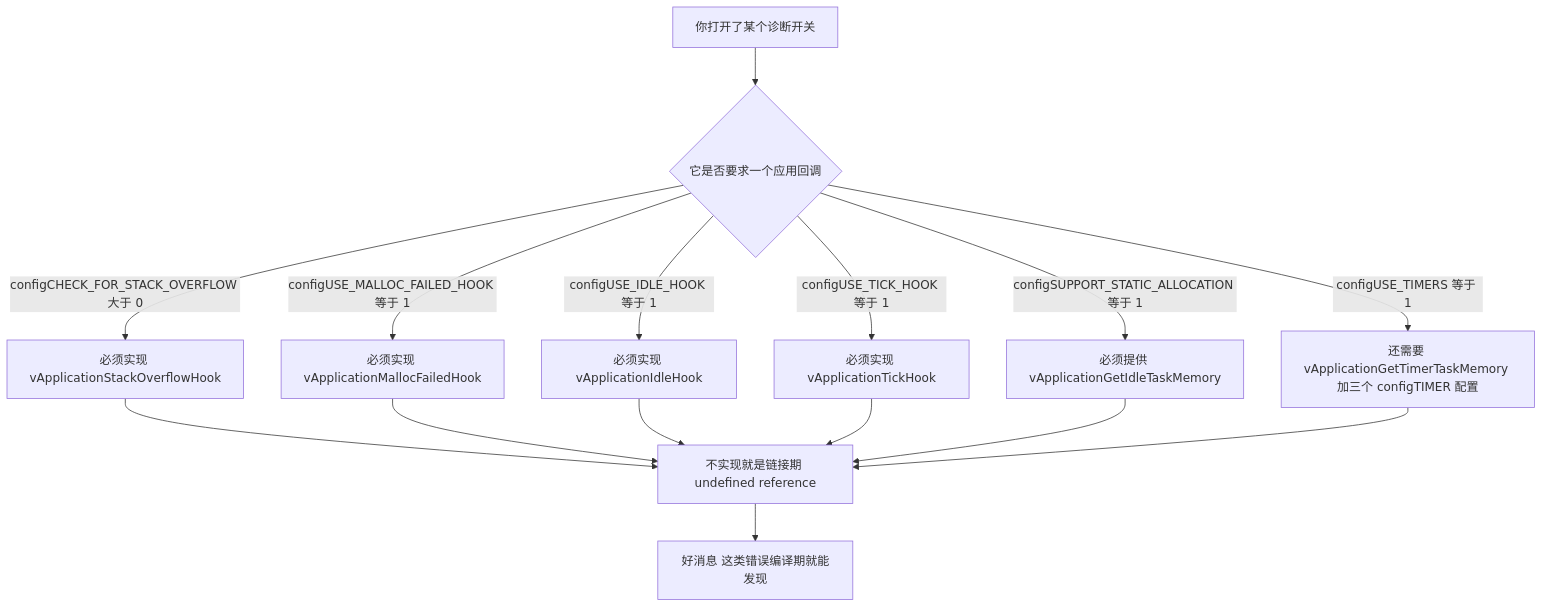
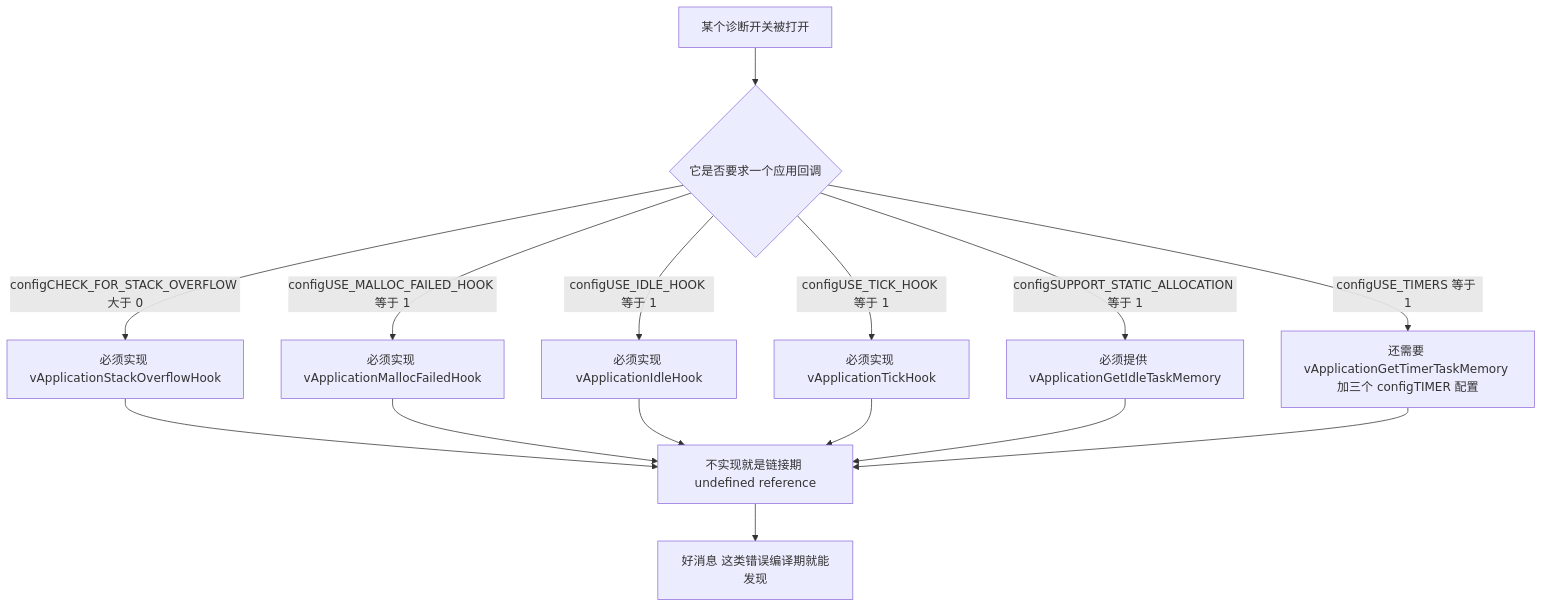
The second of 3 diagrams in docs/01-FreeRTOS/03-内存管理与临界区/05-FreeRTOSConfig逐项解读.md (TC635807/TC63PersonalWebsite), drawn with Mermaid before and after one commit. The commit also changed other lines of this file and 728 other files, not shown here.

````diff
--- a/docs/01-FreeRTOS/03-内存管理与临界区/05-FreeRTOSConfig逐项解读.md
+++ b/docs/01-FreeRTOS/03-内存管理与临界区/05-FreeRTOSConfig逐项解读.md
@@ -239,17 +239,17 @@
 ```mermaid
 flowchart TD
-  A["你打开了某个诊断开关"] --> B{"它是否要求一个应用回调"}
+  A["某个诊断开关被打开"] --> B{"它是否要求一个应用回调"}
   B -->|"configCHECK_FOR_STACK_OVERFLOW 大于 0"| C["必须实现 vApplicationStackOverflowHook"]
   B -->|"configUSE_MALLOC_FAILED_HOOK 等于 1"| D["必须实现 vApplicationMallocFailedHook"]
   B -->|"configUSE_IDLE_HOOK 等于 1"| E["必须实现 vApplicationIdleHook"]
   B -->|"configUSE_TICK_HOOK 等于 1"| F["必须实现 vApplicationTickHook"]
   B -->|"configSUPPORT_STATIC_ALLOCATION 等于 1"| G["必须提供 vApplicationGetIdleTaskMemory"]
   B -->|"configUSE_TIMERS 等于 1"| H["还需要 vApplicationGetTimerTaskMemory 加三个 configTIMER 配置"]
   C --> I["不实现就是链接期 undefined reference"]
   D --> I
   E --> I
   F --> I
   G --> I
   H --> I
   I --> J["好消息 这类错误编译期就能发现"]
 ```
````
